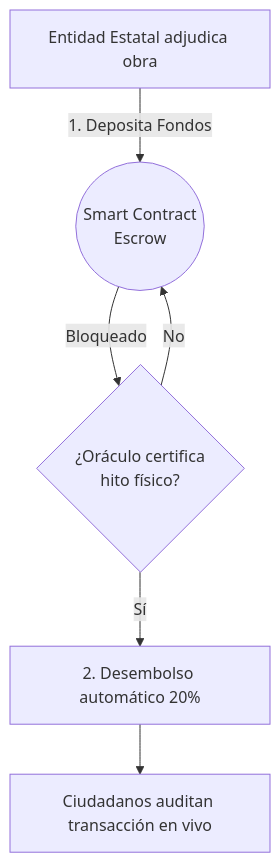
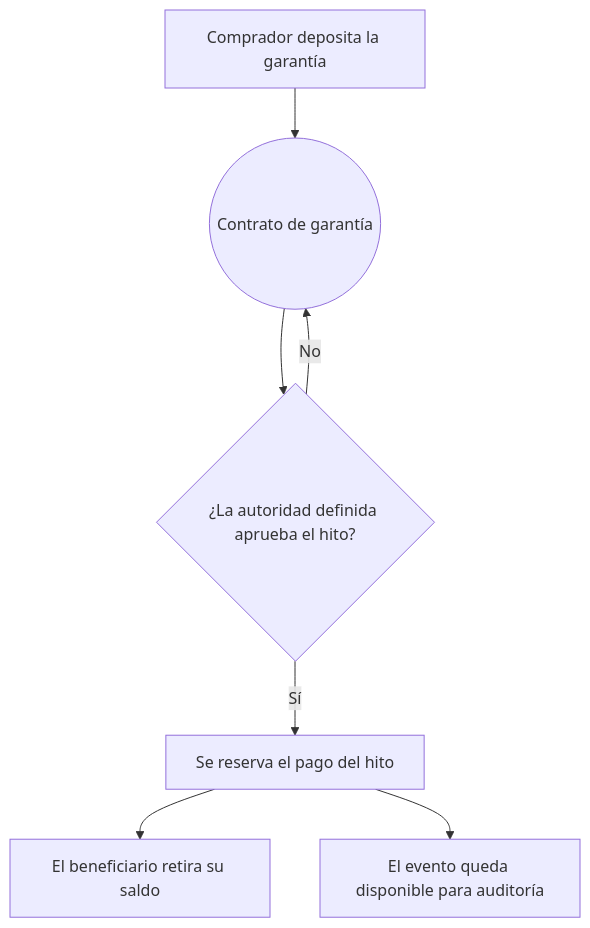
Before and after one commit to miuguelt/Guia-IA-Dinero-programable: the second of 2 diagrams in docs/01b-casos-adso.md, drawn with Mermaid. The commit also changed other lines of this file and 7 other files, not shown here.

````diff
--- a/docs/01b-casos-adso.md
+++ b/docs/01b-casos-adso.md
@@ -75,8 +110,9 @@
 ```mermaid
 flowchart TD
-    A[Entidad Estatal adjudica obra] -->|1. Deposita Fondos| B((Smart Contract\nEscrow))
-    B -->|Bloqueado| C{¿Oráculo certifica\nhito físico?}
+    A[Comprador deposita la garantía] --> B((Contrato de garantía))
+    B --> C{¿La autoridad definida aprueba el hito?}
     C -- No --> B
-    C -- Sí --> D[2. Desembolso automático 20%]
-    D --> E[Ciudadanos auditan transacción en vivo]
+    C -- Sí --> D[Se reserva el pago del hito]
+    D --> E[El beneficiario retira su saldo]
+    D --> F[El evento queda disponible para auditoría]
 ```
````
